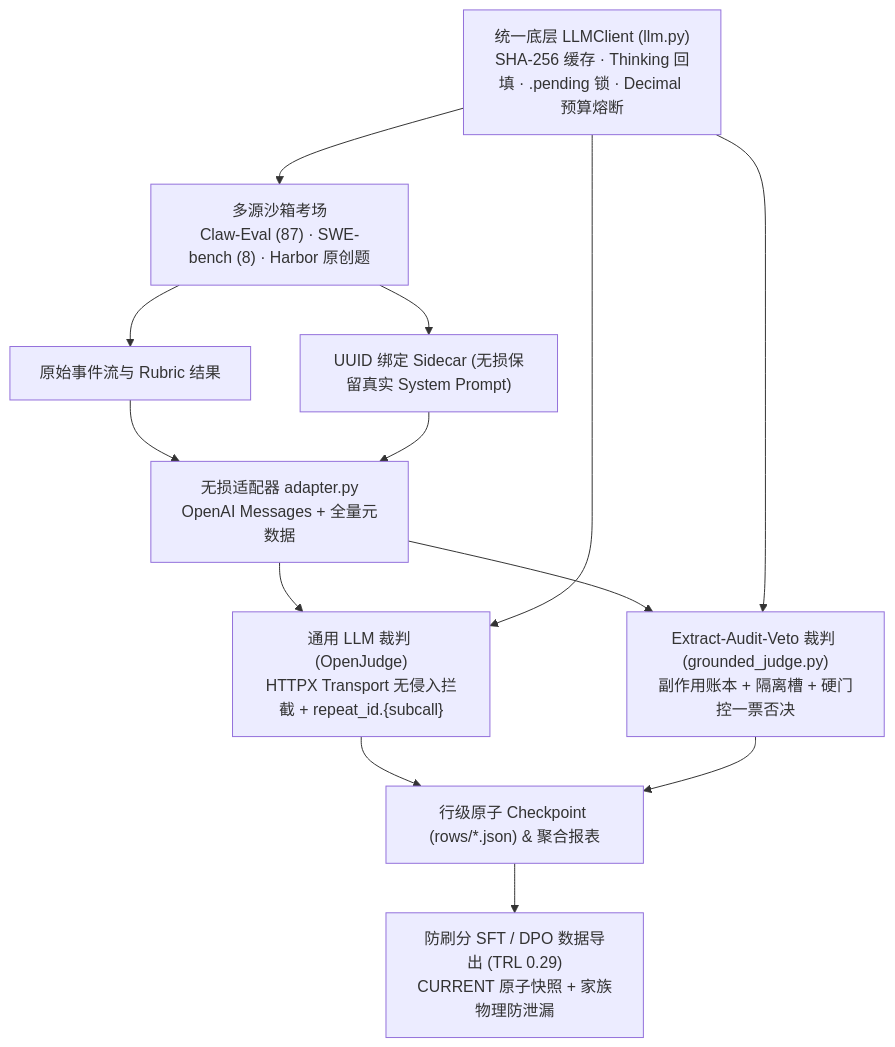
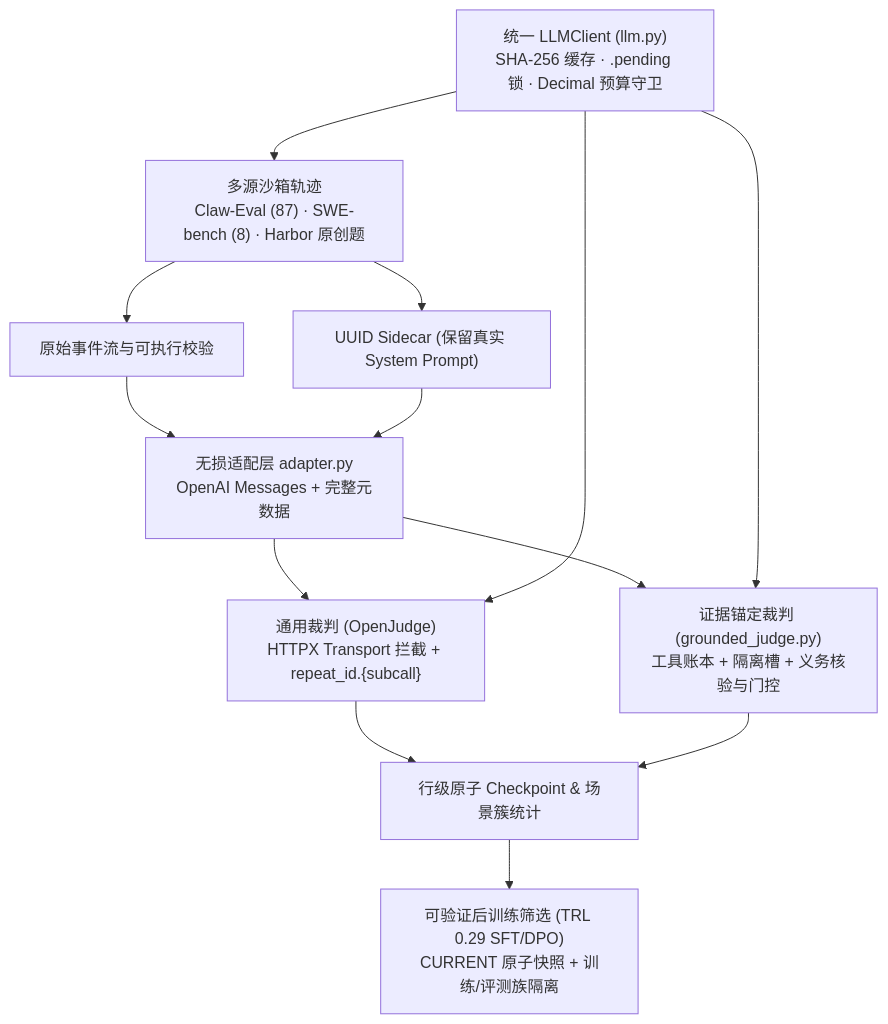
One commit to Xxly959/trajjudge changed the diagram in README.md. Above: the diagram before and after it, drawn with Mermaid. The commit also changed other lines of this file and 36 other files, not shown here.

````diff
--- a/README.md
+++ b/README.md
@@ -61,15 +71,15 @@
 ```mermaid
 flowchart TD
-    A["多源沙箱考场<br/>Claw-Eval (87) · SWE-bench (8) · Harbor 原创题"] --> B["原始事件流与 Rubric 结果"]
-    A --> C["UUID 绑定 Sidecar (无损保留真实 System Prompt)"]
-    B --> D["无损适配器 adapter.py<br/>OpenAI Messages + 全量元数据"]
+    A["多源沙箱轨迹<br/>Claw-Eval (87) · SWE-bench (8) · Harbor 原创题"] --> B["原始事件流与可执行校验"]
+    A --> C["UUID Sidecar (保留真实 System Prompt)"]
+    B --> D["无损适配层 adapter.py<br/>OpenAI Messages + 完整元数据"]
     C --> D
-    D --> E["通用 LLM 裁判 (OpenJudge)<br/>HTTPX Transport 无侵入拦截 + repeat_id.{subcall}"]
-    D --> F["Extract-Audit-Veto 裁判 (grounded_judge.py)<br/>副作用账本 + 隔离槽 + 硬门控一票否决"]
-    E --> G["行级原子 Checkpoint (rows/*.json) & 聚合报表"]
+    D --> E["通用裁判 (OpenJudge)<br/>HTTPX Transport 拦截 + repeat_id.{subcall}"]
+    D --> F["证据锚定裁判 (grounded_judge.py)<br/>工具账本 + 隔离槽 + 义务核验与门控"]
+    E --> G["行级原子 Checkpoint & 场景簇统计"]
     F --> G
-    I["统一底层 LLMClient (llm.py)<br/>SHA-256 缓存 · Thinking 回填 · .pending 锁 · Decimal 预算熔断"] --> A
+    I["统一 LLMClient (llm.py)<br/>SHA-256 缓存 · .pending 锁 · Decimal 预算守卫"] --> A
     I --> E
     I --> F
-    G --> H["防刷分 SFT / DPO 数据导出 (TRL 0.29)<br/>CURRENT 原子快照 + 家族物理防泄漏"]
+    G --> H["可验证后训练筛选 (TRL 0.29 SFT/DPO)<br/>CURRENT 原子快照 + 训练/评测族隔离"]
 ```
````
